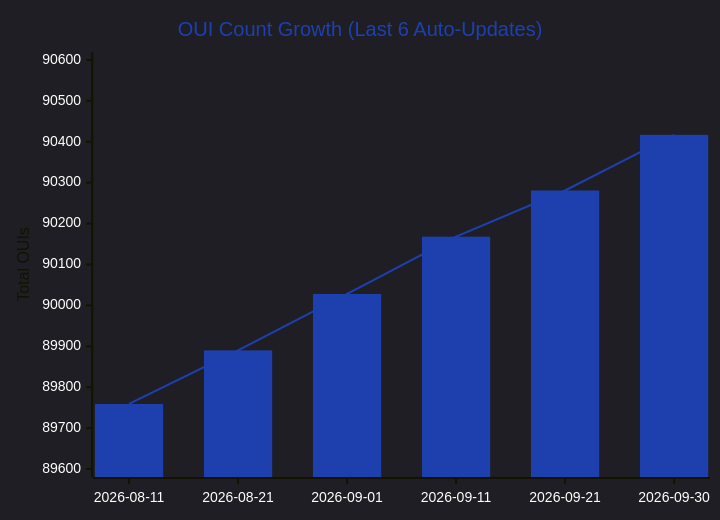
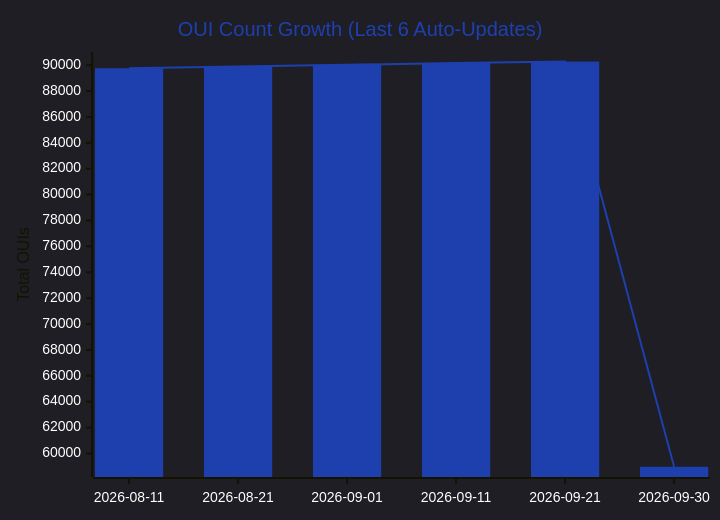
One commit to Ringmast4r/OUI-Master-Database changed the first of 5 diagrams in README.md. Above: the diagram before and after it, drawn with Mermaid. The commit also changed other lines of this file and 13 other files, not shown here.

````diff
--- a/README.md
+++ b/README.md
@@ -75,9 +75,9 @@
 ```mermaid
 %%{init: {'theme':'dark', 'themeVariables': {'xyChart': {'backgroundColor':'#00000000','plotColorPalette':'#1E40AF','titleColor':'#1E40AF','xAxisLabelColor':'#ffffff','yAxisLabelColor':'#ffffff'}}}}%%
 xychart-beta
     title "OUI Count Growth (Last 6 Auto-Updates)"
     x-axis ["2026-08-11", "2026-08-21", "2026-09-01", "2026-09-11", "2026-09-21", "2026-09-30"]
-    y-axis "Total OUIs" 89600 --> 90600
-    bar [89759, 89890, 90028, 90168, 90281, 90417]
-    line [89759, 89890, 90028, 90168, 90281, 90417]
+    y-axis "Total OUIs" 58800 --> 90400
+    bar [89759, 89890, 90028, 90168, 90281, 58972]
+    line [89759, 89890, 90028, 90168, 90281, 58972]
 ```
````
